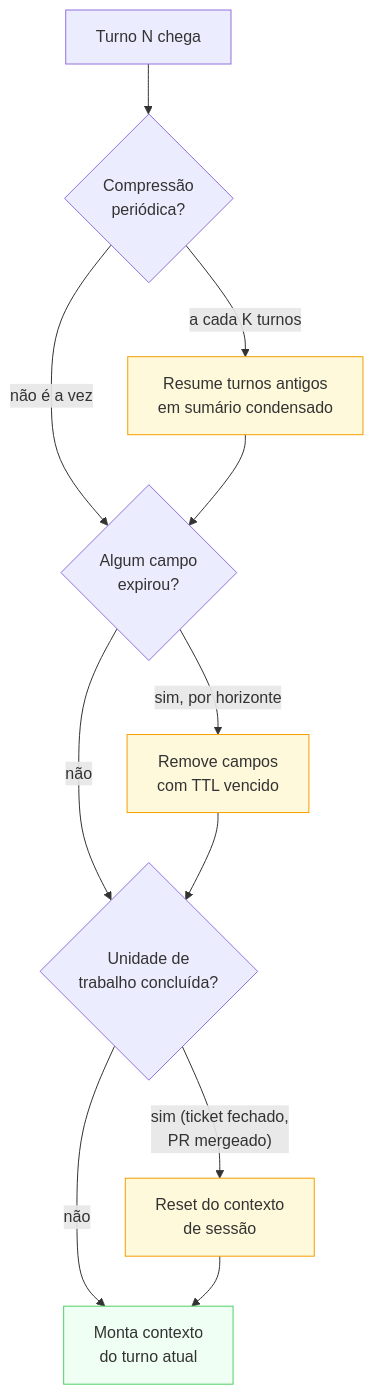
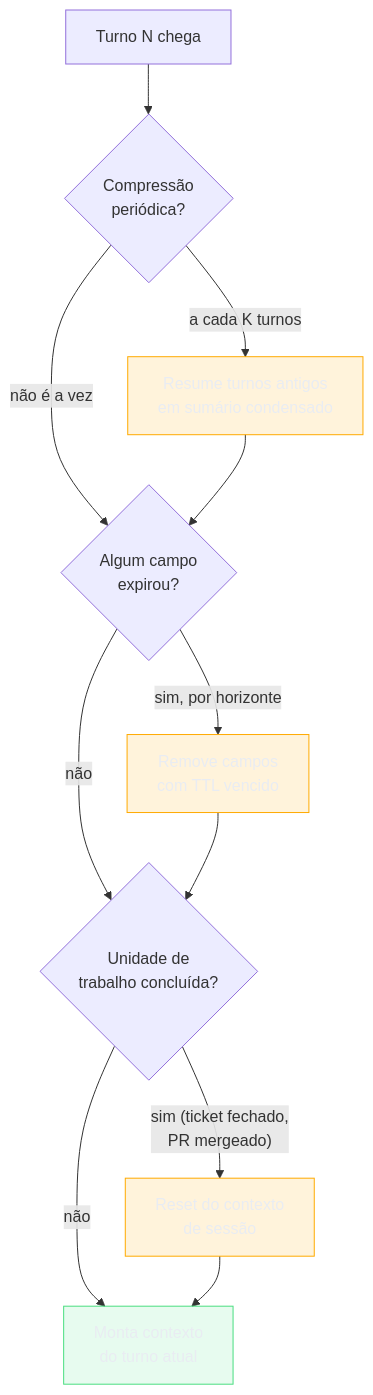
One commit to josenaldo/codex-technomanticus changed the second of 2 diagrams in 03-Dominios/Tecnologia/IA/AI Engineering Stack/04 - Context Layer.md. Above: the diagram before and after it, drawn with Mermaid. The commit also changed other lines of this file and 1181 other files, not shown here.

First line of the commit message:
fix(diagramas): paleta do sistema no lugar de cor cravada no markdown

````diff
--- a/03-Dominios/Tecnologia/IA/AI Engineering Stack/04 - Context Layer.md
+++ b/03-Dominios/Tecnologia/IA/AI Engineering Stack/04 - Context Layer.md
@@ -198,18 +200,20 @@
 ```mermaid
 flowchart TD
+    classDef destaque fill:#FFAA0024,stroke:#FFAA00,color:#E9ECF2
+    classDef ok fill:#4ADE8021,stroke:#4ADE80,color:#E9ECF2
     T["Turno N chega"] --> C{"Compressão\nperiódica?"}
     C -->|"a cada K turnos"| S["Resume turnos antigos\nem sumário condensado"]
     C -->|"não é a vez"| E{"Algum campo\nexpirou?"}
     S --> E
     E -->|"sim, por horizonte"| R["Remove campos\ncom TTL vencido"]
     E -->|"não"| U{"Unidade de\ntrabalho concluída?"}
     R --> U
     U -->|"sim (ticket fechado,\nPR mergeado)"| Z["Reset do contexto\nde sessão"]
     U -->|"não"| M["Monta contexto\ndo turno atual"]
     Z --> M
 
-    style S fill:#fff9db,stroke:#f59f00
-    style R fill:#fff9db,stroke:#f59f00
-    style Z fill:#fff9db,stroke:#f59f00
-    style M fill:#f0fff4,stroke:#51cf66
+    class S destaque
+    class R destaque
+    class Z destaque
+    class M ok
 ```
````
